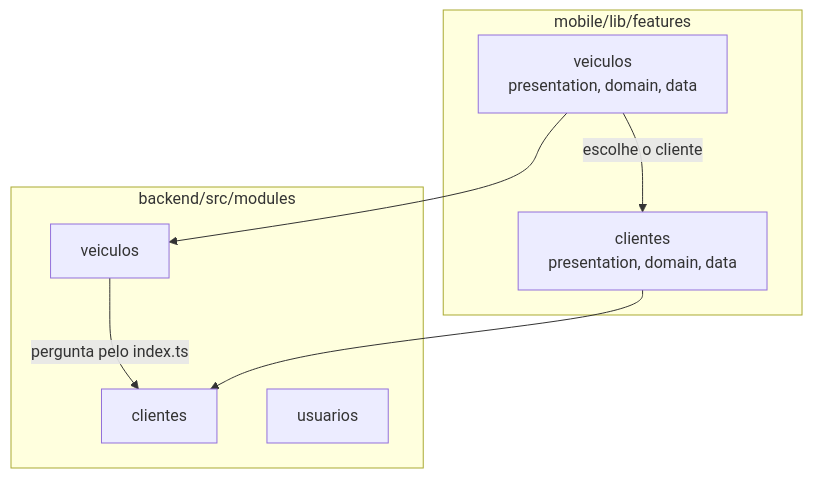
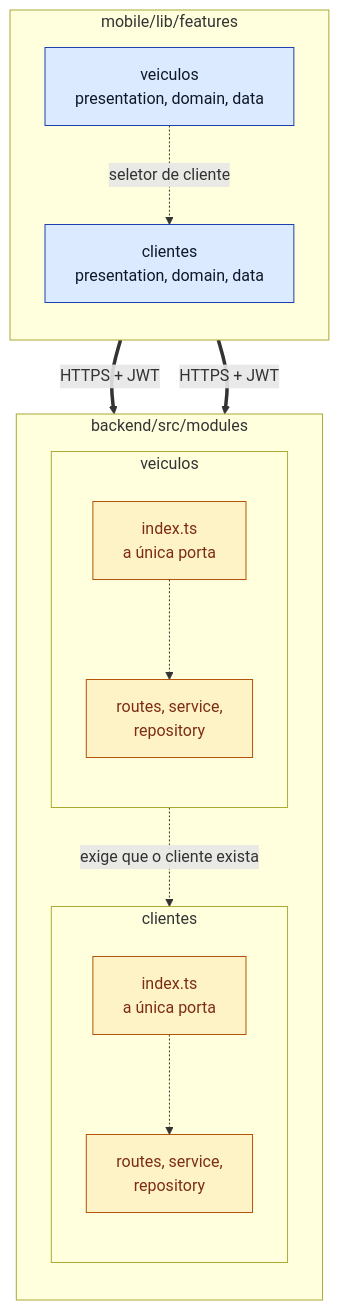
One commit to eltobsjr/oficina-facil changed the diagram in OficinaFacilSecondBrain/diagramas/S3/Pacotes.md. Above: the diagram before and after it, drawn with Mermaid. The commit also changed other lines of this file and 54 other files, not shown here.

First line of the commit message:
Reformula a apresentação ao professor e os diagramas de sequência

````diff
--- a/OficinaFacilSecondBrain/diagramas/S3/Pacotes.md
+++ b/OficinaFacilSecondBrain/diagramas/S3/Pacotes.md
@@ -9,17 +11,34 @@
 ```mermaid
-flowchart TB
-  subgraph backend[backend/src/modules]
-    bc[clientes]
-    bv[veiculos]
-    bu[usuarios]
-  end
-  subgraph app[mobile/lib/features]
-    ac[clientes<br/>presentation, domain, data]
-    av[veiculos<br/>presentation, domain, data]
+flowchart TD
+  subgraph BK["backend/src/modules"]
+    direction TB
+    subgraph BC["clientes"]
+      direction TB
+      CI["index.ts<br/>a única porta"]
+      CS["routes, service,<br/>repository"]
+    end
+    subgraph BV["veiculos"]
+      direction TB
+      VI["index.ts<br/>a única porta"]
+      VS["routes, service,<br/>repository"]
+    end
   end
 
-  bv -- "pergunta pelo index.ts" --> bc
-  ac --> bc
-  av --> bv
-  av -- "escolhe o cliente" --> ac
+  subgraph AP["mobile/lib/features"]
+    direction TB
+    AC["clientes<br/>presentation, domain, data"]
+    AV["veiculos<br/>presentation, domain, data"]
+  end
+
+  CI -.-> CS
+  VI -.-> VS
+  VS -.->|"exige que o cliente exista"| CI
+  AV -.->|"seletor de cliente"| AC
+  AC ==>|"HTTPS + JWT"| CI
+  AV ==>|"HTTPS + JWT"| VI
+
+  classDef app fill:#DBEAFE,stroke:#1E40AF,color:#0F172A
+  classDef api fill:#FEF3C7,stroke:#B45309,color:#7C2D12
+  class AC,AV app
+  class CI,CS,VI,VS api
 ```
````
